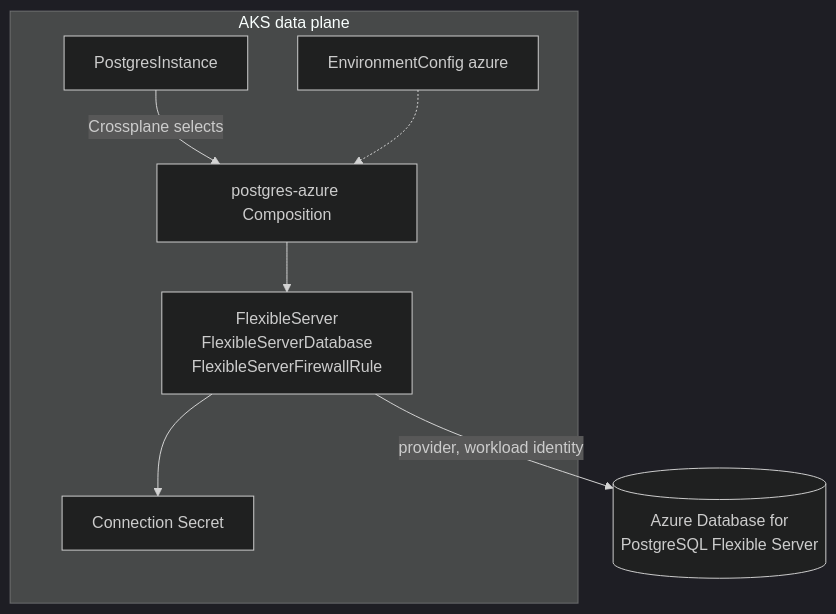
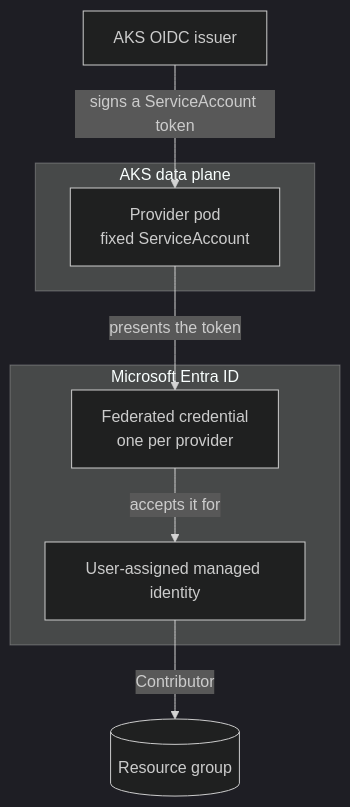
The diagram in provisioner-crossplane/azure/README.md (Mirage20/community-modules), drawn with Mermaid (dark theme) before and after one commit. The commit also changed other lines of this file and 12 other files, not shown here.

````diff
--- a/provisioner-crossplane/azure/README.md
+++ b/provisioner-crossplane/azure/README.md
@@ -158,17 +29,17 @@
 ```mermaid
 flowchart TB
-  subgraph dp["AKS data plane"]
-    xr["PostgresInstance"]
-    comp["postgres-azure Composition"]
-    env["EnvironmentConfig azure"]
-    mrs["FlexibleServer<br/>FlexibleServerDatabase<br/>FlexibleServerFirewallRule"]
-    secret["Connection Secret"]
+  subgraph aks["AKS data plane"]
+    pod["Provider pod<br/>fixed ServiceAccount"]
   end
-  azure[("Azure Database for<br/>PostgreSQL Flexible Server")]
+  issuer["AKS OIDC issuer"]
+  subgraph entra["Microsoft Entra ID"]
+    fic["Federated credential<br/>one per provider"]
+    mi["User-assigned managed identity"]
+  end
+  rg[("Resource group")]
 
-  xr -->|Crossplane selects| comp
-  env -.-> comp
-  comp --> mrs
-  mrs -->|provider, workload identity| azure
-  mrs --> secret
+  issuer -->|signs a ServiceAccount token| pod
+  pod -->|presents the token| fic
+  fic -->|accepts it for| mi
+  mi -->|Contributor| rg
 ```
````
